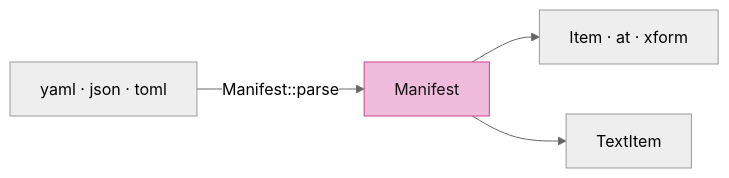
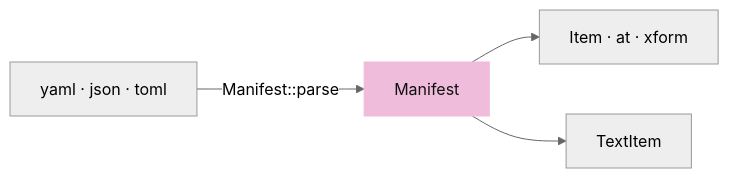
The second of 8 diagrams in session_viewer/docs/14-loading.md (petrasvestartas/session), drawn with Mermaid (neutral theme) before and after one commit. The commit also changed other lines of this file and 324 other files, not shown here.

````diff
--- a/session_viewer/docs/14-loading.md
+++ b/session_viewer/docs/14-loading.md
@@ -35,6 +35,6 @@
 ```mermaid
 flowchart LR
     F["yaml · json · toml"] -- "Manifest::parse" --> M["Manifest"] --> I["Item · at · xform"]
     M --> T["TextItem"]
-    style M fill:#f0bcdb,stroke:#ce4095,color:#111
+    style M fill:#f0bcdb,stroke:#f0bcdb,color:#111
 ```
````
